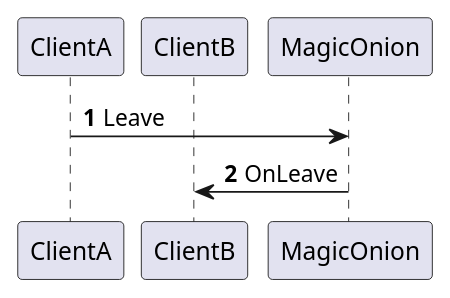
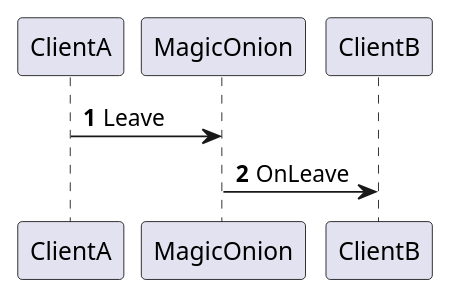
Before and after one commit to Bekomochi/RealTime-Repository: the diagram in Admin/app/src/database/migrations/Leave_Sequence.puml, drawn with PlantUML. The commit also changed other lines of this file and 3 other files, not shown here.

Commit message:
ゲーム開始シーケンス図とゲーム終了シーケンス図の作成、そのほかのシーケンス図の編集

```diff
--- a/Admin/app/src/database/migrations/Leave_Sequence.puml
+++ b/Admin/app/src/database/migrations/Leave_Sequence.puml
@@ -1,13 +1,13 @@
 @startuml
 'https://plantuml.com/sequence-diagram
 
 autonumber
 
 participant ClientA
+participant MagicOnion
 participant ClientB
-participant MagicOnion
 
 ClientA->MagicOnion:Leave
 ClientB<-MagicOnion:OnLeave
 
 @enduml
```
